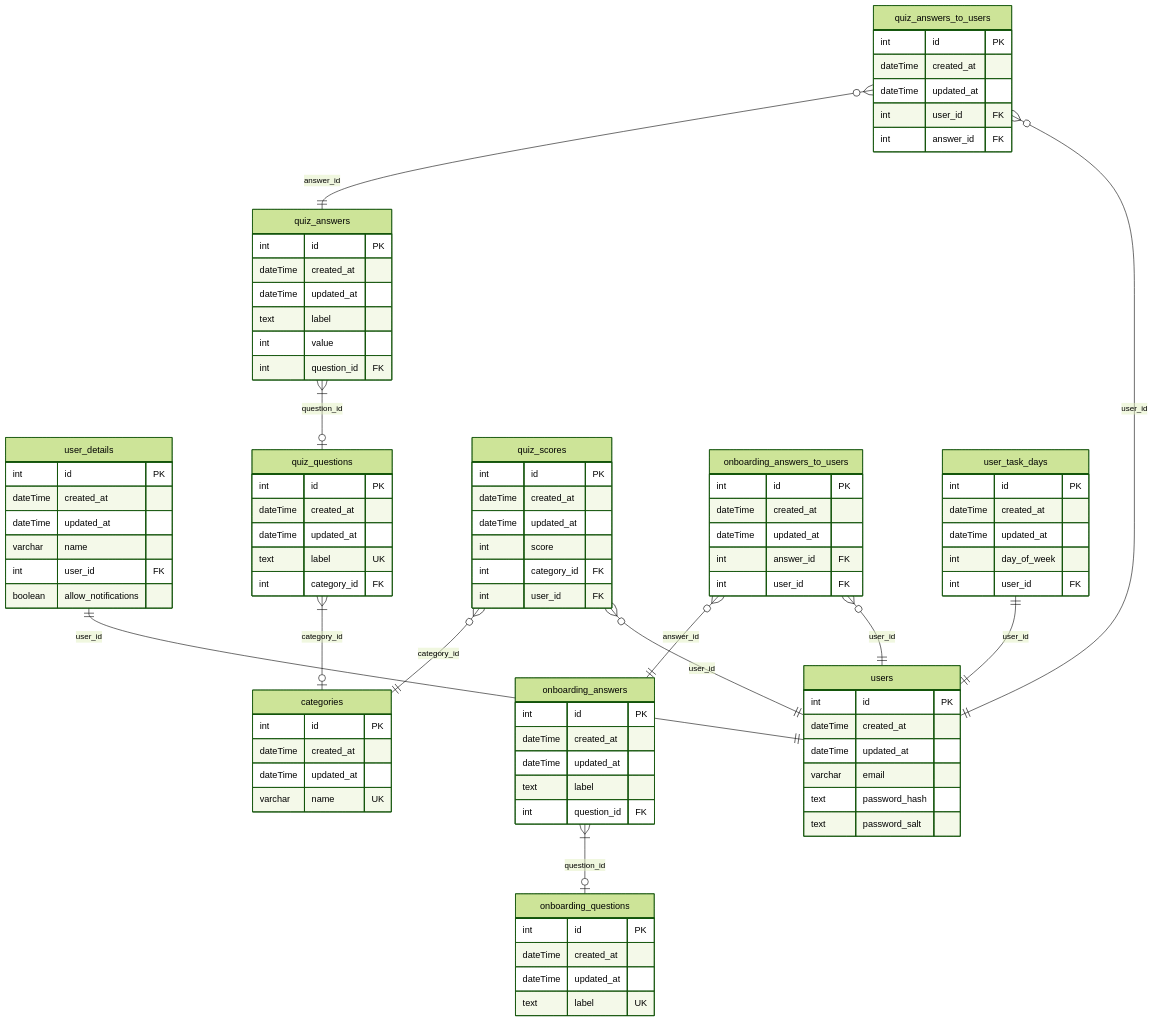
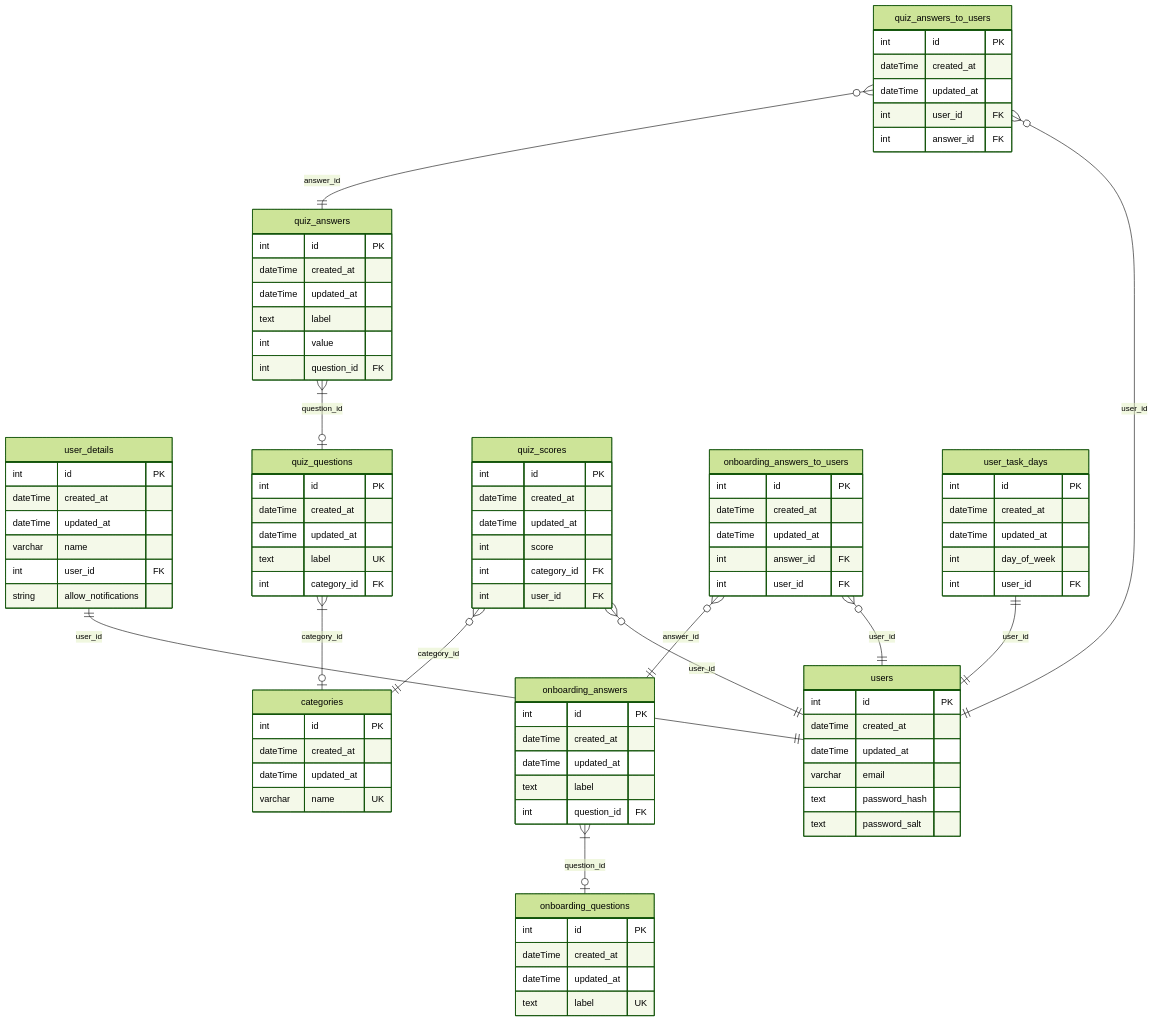
One commit to BinaryStudioAcademy/bsa-2024-bebalance changed the diagram in readme.md. Above: the diagram before and after it, drawn with Mermaid (forest theme).

Commit message:
fix(backend): corect db schema bb-243

```diff
--- a/readme.md
+++ b/readme.md
@@ -41,7 +41,7 @@
         dateTime updated_at
         varchar name
         int user_id FK
-        boolean allow_notifications
+        string allow_notifications
     }
 
     categories {
```
